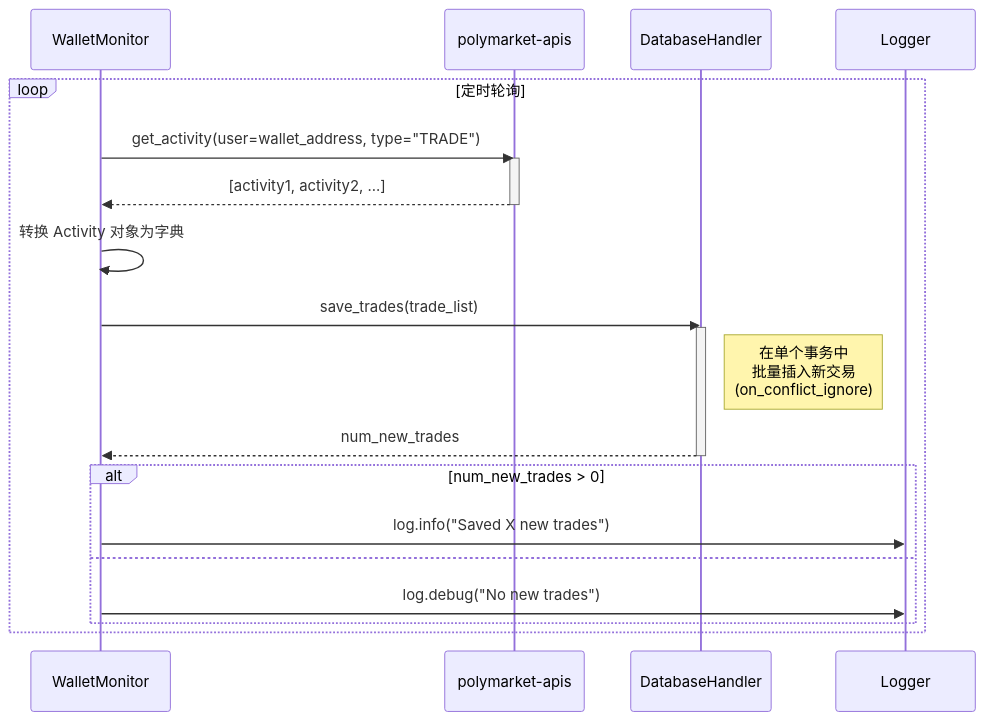
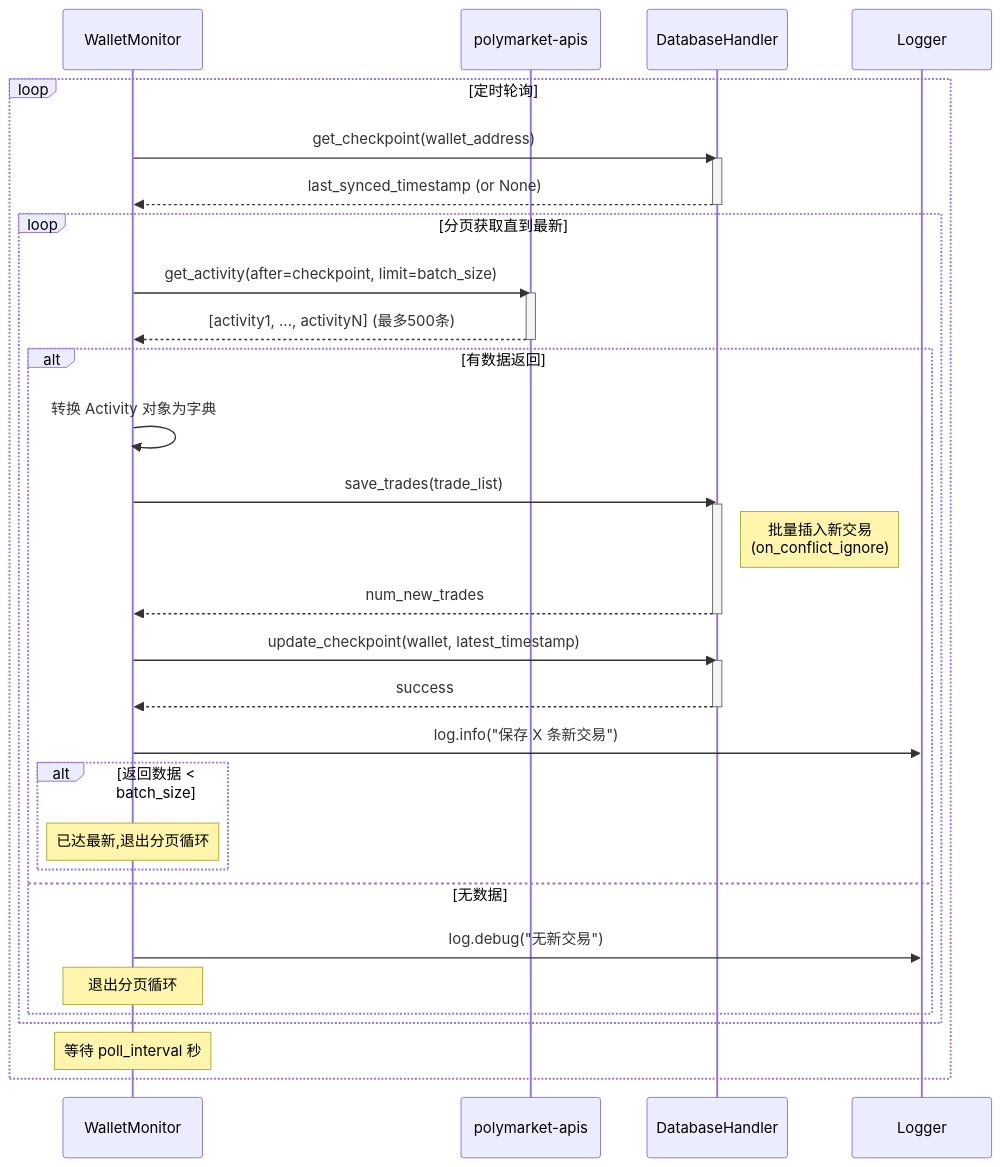
One commit to PollyProphet/polymarket-copy-trading-bot changed the third of 3 diagrams in docs/design/wallet-monitor-design-doc.md. Above: the diagram before and after it, drawn with Mermaid. The commit also changed other lines of this file and 8 other files, not shown here.

Commit message:
feat: batch fetch activity

````diff
--- a/docs/design/wallet-monitor-design-doc.md
+++ b/docs/design/wallet-monitor-design-doc.md
@@ -154,27 +210,46 @@
 ```mermaid
 sequenceDiagram
     participant Monitor as WalletMonitor
     participant SDK as polymarket-apis
     participant DB as DatabaseHandler
     participant Logger
 
     loop 定时轮询
-        Monitor->>SDK: get_activity(user=wallet_address, type="TRADE")
-        activate SDK
-        SDK-->>Monitor: [activity1, activity2, ...]
-        deactivate SDK
-
-        Monitor->>Monitor: 转换 Activity 对象为字典
-        Monitor->>DB: save_trades(trade_list)
+        Monitor->>DB: get_checkpoint(wallet_address)
         activate DB
-        Note right of DB: 在单个事务中<br/>批量插入新交易<br/>(on_conflict_ignore)
-        DB-->>Monitor: num_new_trades
+        DB-->>Monitor: last_synced_timestamp (or None)
         deactivate DB
 
-        alt num_new_trades > 0
-            Monitor->>Logger: log.info("Saved X new trades")
-        else
-            Monitor->>Logger: log.debug("No new trades")
+        loop 分页获取直到最新
+            Monitor->>SDK: get_activity(after=checkpoint, limit=batch_size)
+            activate SDK
+            SDK-->>Monitor: [activity1, ..., activityN] (最多500条)
+            deactivate SDK
+
+            alt 有数据返回
+                Monitor->>Monitor: 转换 Activity 对象为字典
+                Monitor->>DB: save_trades(trade_list)
+                activate DB
+                Note right of DB: 批量插入新交易<br/>(on_conflict_ignore)
+                DB-->>Monitor: num_new_trades
+                deactivate DB
+
+                Monitor->>DB: update_checkpoint(wallet, latest_timestamp)
+                activate DB
+                DB-->>Monitor: success
+                deactivate DB
+
+                Monitor->>Logger: log.info("保存 X 条新交易")
+
+                alt 返回数据 < batch_size
+                    Note over Monitor: 已达最新,退出分页循环
+                end
+            else 无数据
+                Monitor->>Logger: log.debug("无新交易")
+                Note over Monitor: 退出分页循环
+            end
         end
+
+        Note over Monitor: 等待 poll_interval 秒
     end
 ```
````
